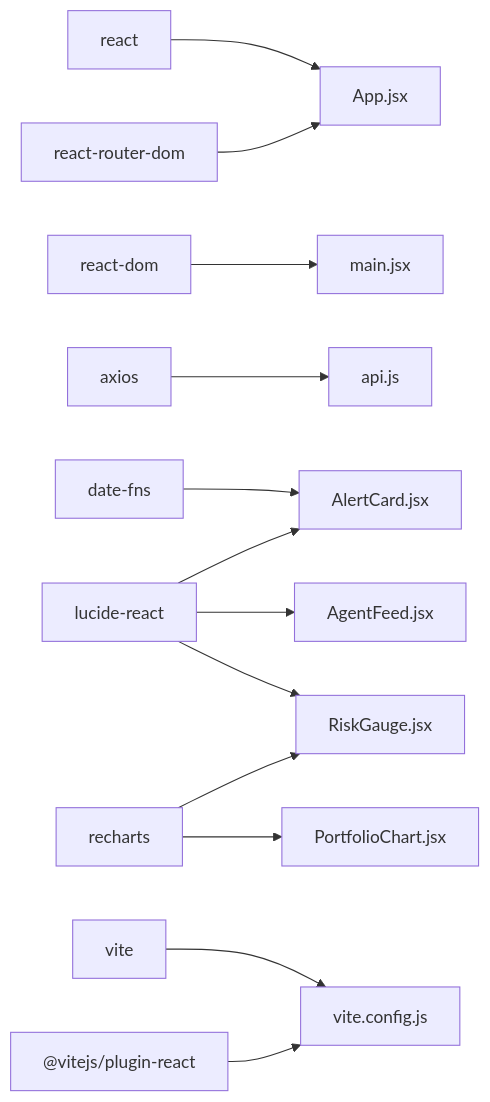
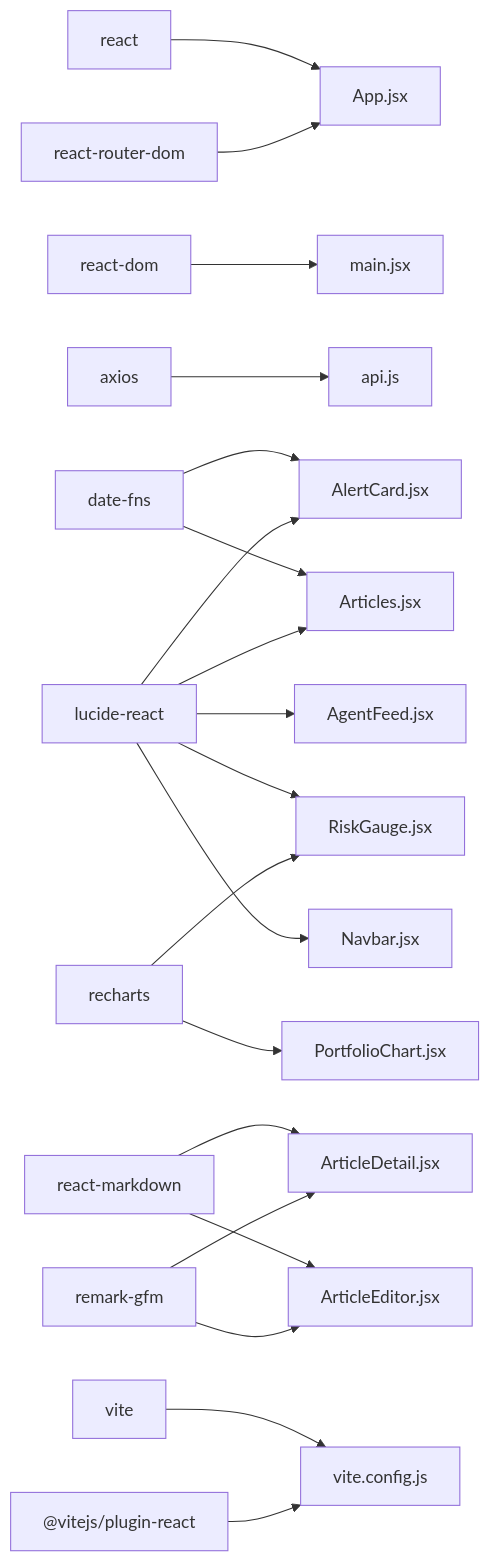
Before and after one commit to ishwarambare/ishwarambare-app: diagram 11 of 11 in .qoder/repowiki/en/content/Frontend Architecture/React Application Structure.md, drawn with Mermaid. The commit also changed other lines of this file and 10 other files, not shown here.

````diff
--- a/.qoder/repowiki/en/content/Frontend Architecture/React Application Structure.md
+++ b/.qoder/repowiki/en/content/Frontend Architecture/React Application Structure.md
@@ -449,15 +553,22 @@
 ```mermaid
 graph LR
 React["react"] --> App["App.jsx"]
 ReactDOM["react-dom"] --> Main["main.jsx"]
 Router["react-router-dom"] --> App
 Axios["axios"] --> API["api.js"]
 DateFns["date-fns"] --> AlertCard["AlertCard.jsx"]
+DateFns --> Articles["Articles.jsx"]
 Lucide["lucide-react"] --> AgentFeed["AgentFeed.jsx"]
 Lucide --> AlertCard
 Lucide --> RiskGauge["RiskGauge.jsx"]
+Lucide --> Navbar["Navbar.jsx"]
+Lucide --> Articles
 Recharts["recharts"] --> RiskGauge
 Recharts --> PortfolioChart["PortfolioChart.jsx"]
+Markdown["react-markdown"] --> Detail["ArticleDetail.jsx"]
+Markdown --> Editor["ArticleEditor.jsx"]
+Remark["remark-gfm"] --> Detail
+Remark --> Editor
 Vite["vite"] --> Config["vite.config.js"]
 DevDeps["@vitejs/plugin-react"] --> Config
 ```
````
